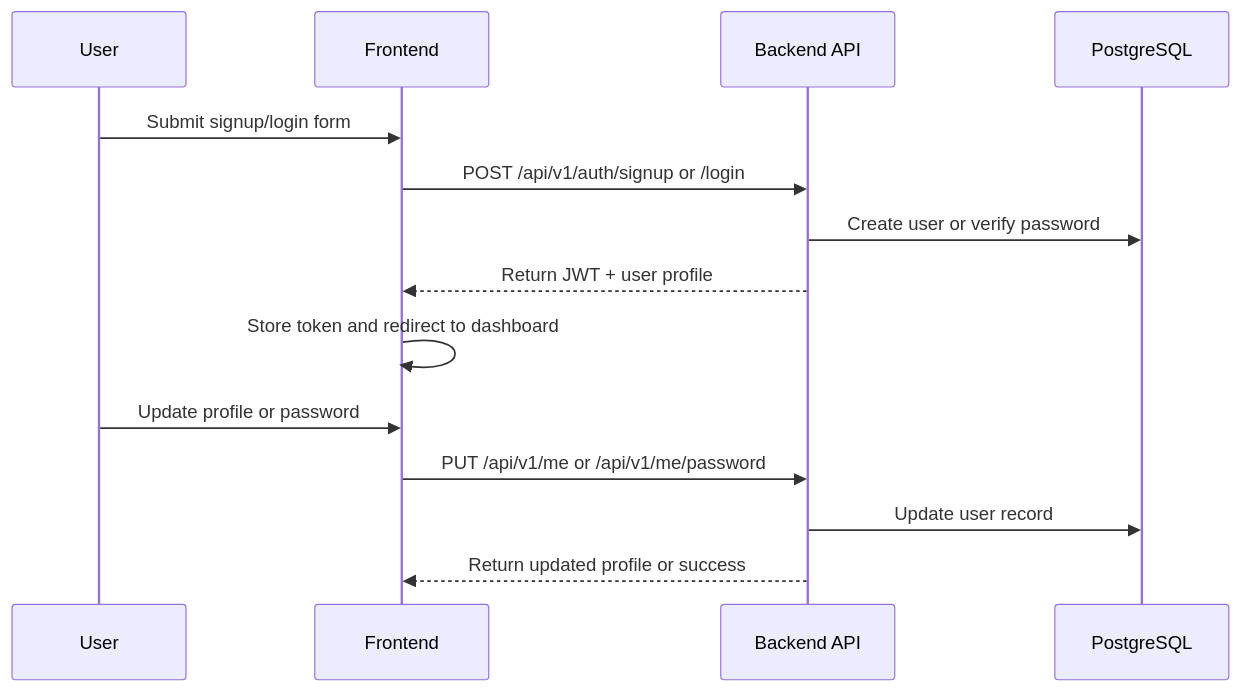
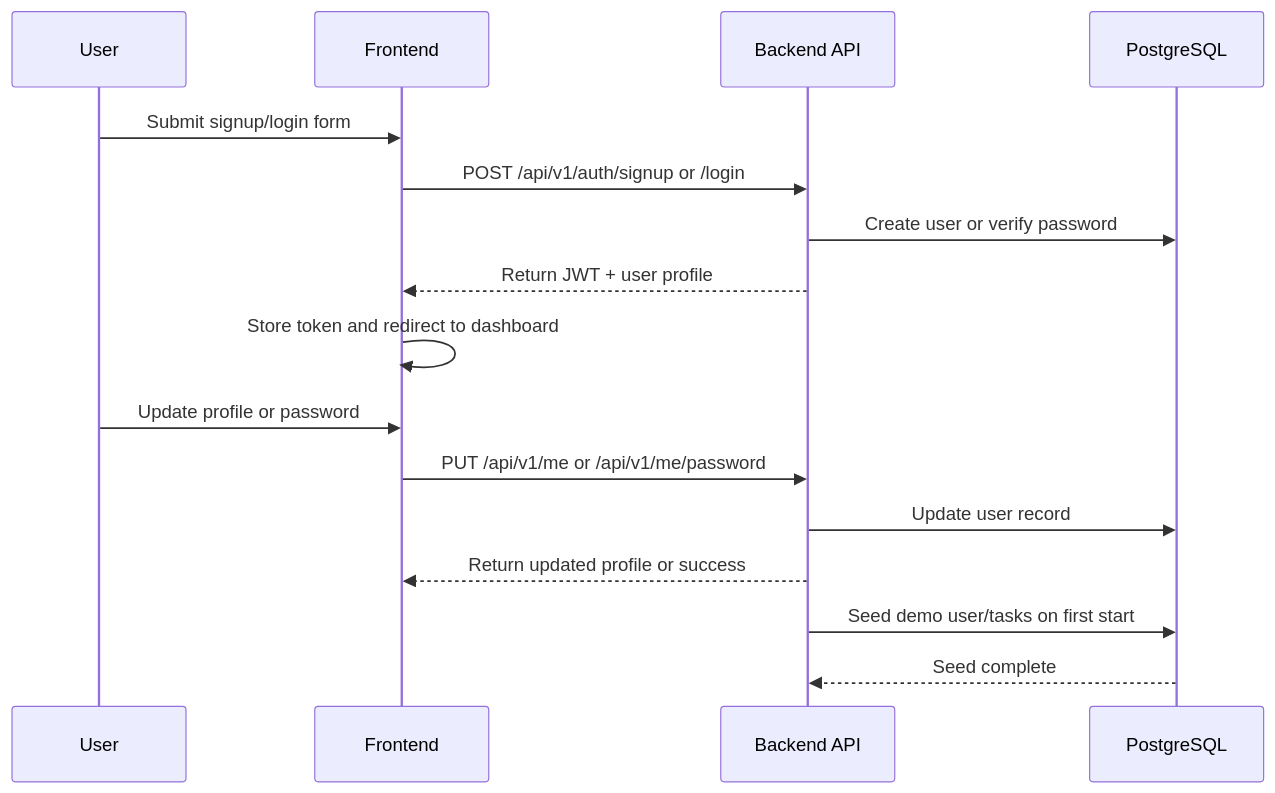
The second of 6 diagrams in README.md (Arbab-ofc/DashFlow), drawn with Mermaid before and after one commit. The commit also changed other lines of this file, not shown here.

Commit message:
Document seeding and update diagrams

````diff
--- a/README.md
+++ b/README.md
@@ -69,17 +71,19 @@
 ```mermaid
 sequenceDiagram
   participant User
   participant UI as Frontend
   participant API as Backend API
   participant DB as PostgreSQL
 
   User->>UI: Submit signup/login form
   UI->>API: POST /api/v1/auth/signup or /login
   API->>DB: Create user or verify password
   API-->>UI: Return JWT + user profile
   UI->>UI: Store token and redirect to dashboard
   User->>UI: Update profile or password
   UI->>API: PUT /api/v1/me or /api/v1/me/password
   API->>DB: Update user record
   API-->>UI: Return updated profile or success
+  API->>DB: Seed demo user/tasks on first start
+  DB-->>API: Seed complete
 ```
````
